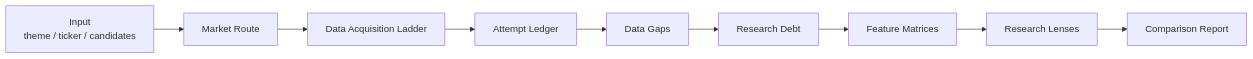
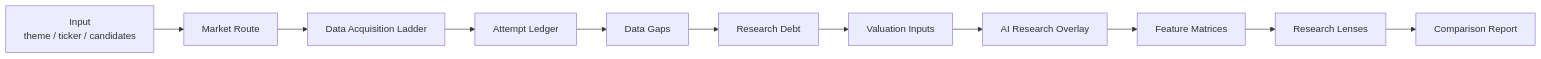
One commit to lucisxu6-cpu/serenity-chan changed the second of 2 diagrams in README.md. Above: the diagram before and after it, drawn with Mermaid. The commit also changed other lines of this file and 38 other files, not shown here.

````diff
--- a/README.md
+++ b/README.md
@@ -200,11 +223,13 @@
 ```mermaid
 flowchart LR
   A["Input<br/>theme / ticker / candidates"] --> B["Market Route"]
   B --> C["Data Acquisition Ladder"]
   C --> D["Attempt Ledger"]
   D --> E["Data Gaps"]
   E --> F["Research Debt"]
-  F --> G["Feature Matrices"]
-  G --> H["Research Lenses"]
-  H --> I["Comparison Report"]
+  F --> G["Valuation Inputs"]
+  G --> H["AI Research Overlay"]
+  H --> I["Feature Matrices"]
+  I --> J["Research Lenses"]
+  J --> K["Comparison Report"]
 ```
````
